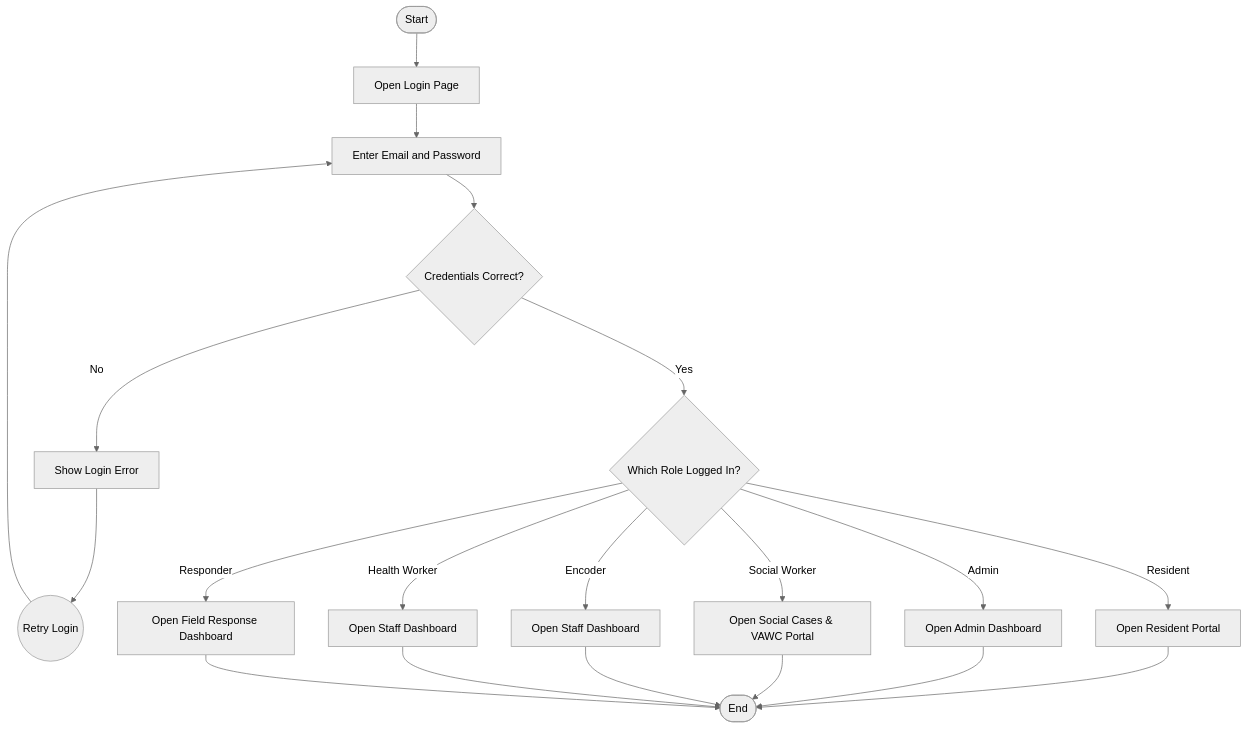
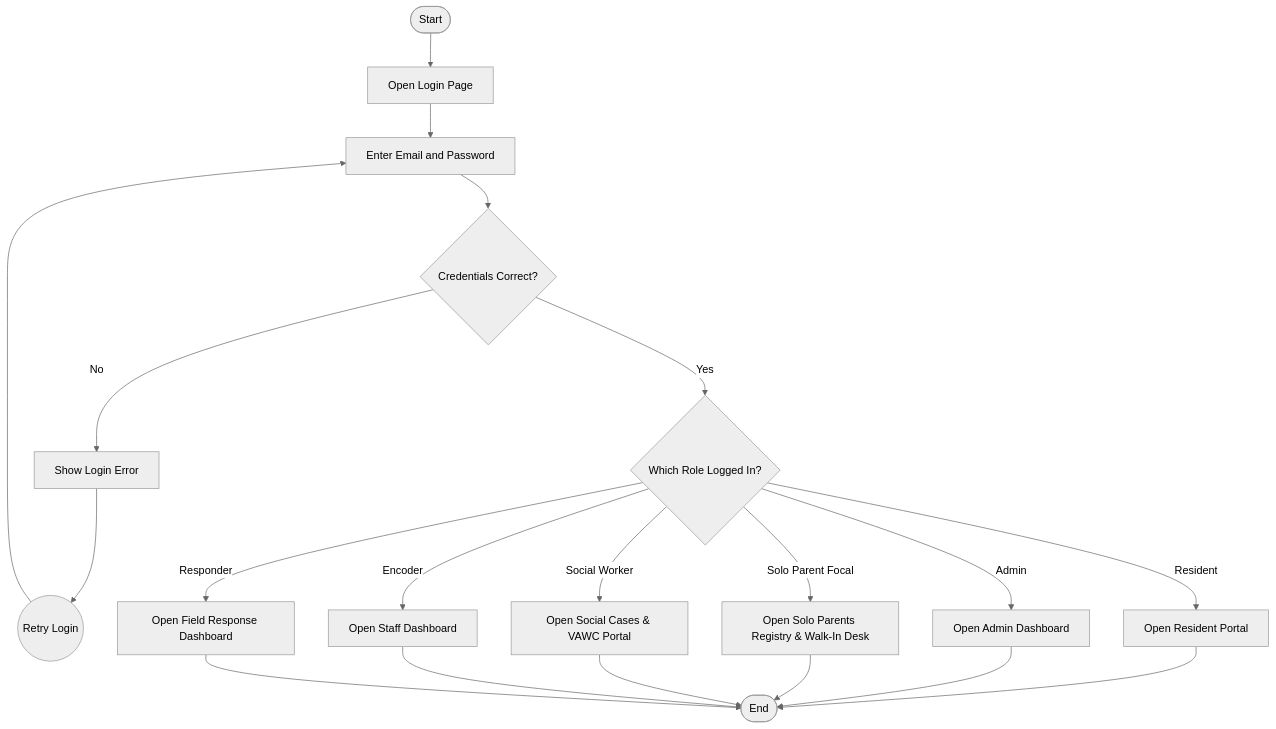
The first of 7 diagrams in ROLE_UIUX_FLOWCHART.md (RICKYLER/pwa), drawn with Mermaid (neutral theme) before and after one commit. The commit also changed other lines of this file and 20 other files, not shown here.

Commit message:
feat: introduce solo_parent_focal role with dedicated desk permissions and UI components

````diff
--- a/ROLE_UIUX_FLOWCHART.md
+++ b/ROLE_UIUX_FLOWCHART.md
@@ -21,25 +21,25 @@
 ```mermaid
 flowchart TD
     START([Start]) --> LOGIN[Open Login Page]
     LOGIN --> ENTER[Enter Email and Password]
     ENTER --> VALID{Credentials Correct?}
 
     VALID -- No --> ERROR[Show Login Error]
     ERROR --> RETRY((Retry Login))
     RETRY --> ENTER
 
     VALID -- Yes --> ROLE{Which Role Logged In?}
     ROLE -- Resident --> RESIDENT[Open Resident Portal]
     ROLE -- Admin --> ADMIN[Open Admin Dashboard]
+    ROLE -- Solo Parent Focal --> SOLO[Open Solo Parents Registry & Walk-In Desk]
     ROLE -- Social Worker --> CASES[Open Social Cases & VAWC Portal]
     ROLE -- Encoder --> ENCODER[Open Staff Dashboard]
-    ROLE -- Health Worker --> HEALTH[Open Staff Dashboard]
     ROLE -- Responder --> RESPONDER[Open Field Response Dashboard]
 
     RESIDENT --> END([End])
     ADMIN --> END
+    SOLO --> END
     CASES --> END
     ENCODER --> END
-    HEALTH --> END
     RESPONDER --> END
 ```
````
